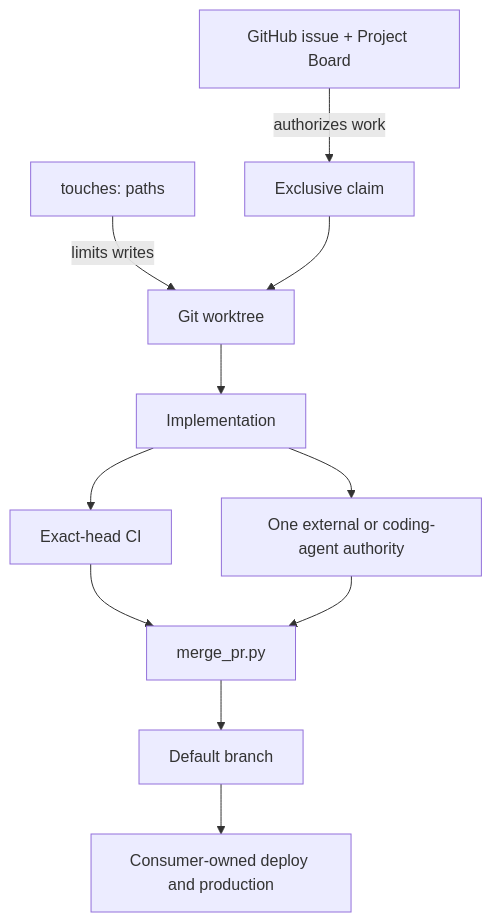
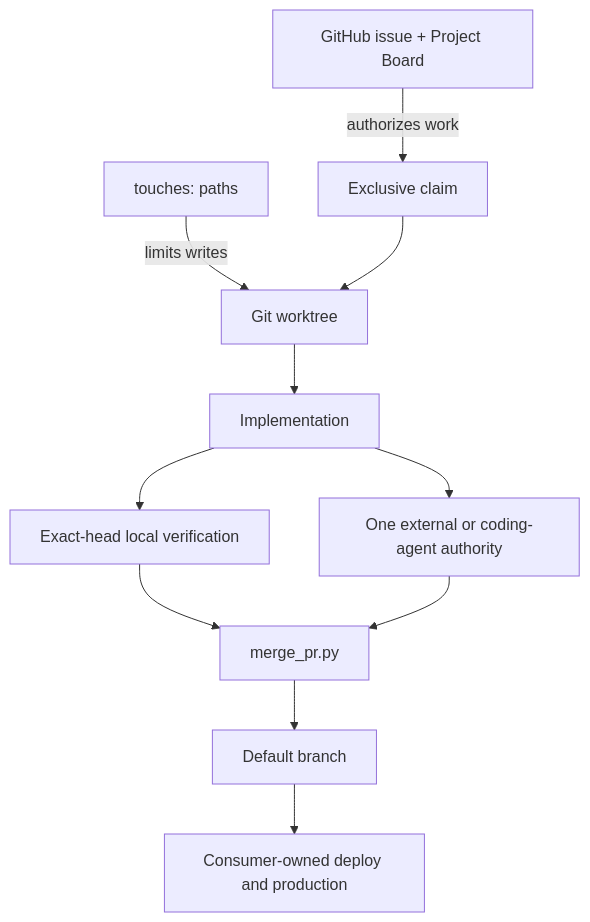
The third of 5 diagrams in docs/OPERATIONS.md (gillella/Aru_Agentic_SDLC), drawn with Mermaid before and after one commit. The commit also changed other lines of this file and 27 other files, not shown here.

````diff
--- a/docs/OPERATIONS.md
+++ b/docs/OPERATIONS.md
@@ -99,13 +99,13 @@
 ```mermaid
 flowchart TB
     ISSUE[GitHub issue + Project Board] -->|authorizes work| CLAIM[Exclusive claim]
     TOUCHES[touches: paths] -->|limits writes| WORKTREE[Git worktree]
     CLAIM --> WORKTREE
     WORKTREE --> CHANGE[Implementation]
-    CHANGE --> CI[Exact-head CI]
+    CHANGE --> VERIFY[Exact-head local verification]
     CHANGE --> REVIEW[One external or coding-agent authority]
-    CI --> GATE[merge_pr.py]
+    VERIFY --> GATE[merge_pr.py]
     REVIEW --> GATE
     GATE --> MAIN[Default branch]
     MAIN --> CONSUMER[Consumer-owned deploy and production]
 ```
````
